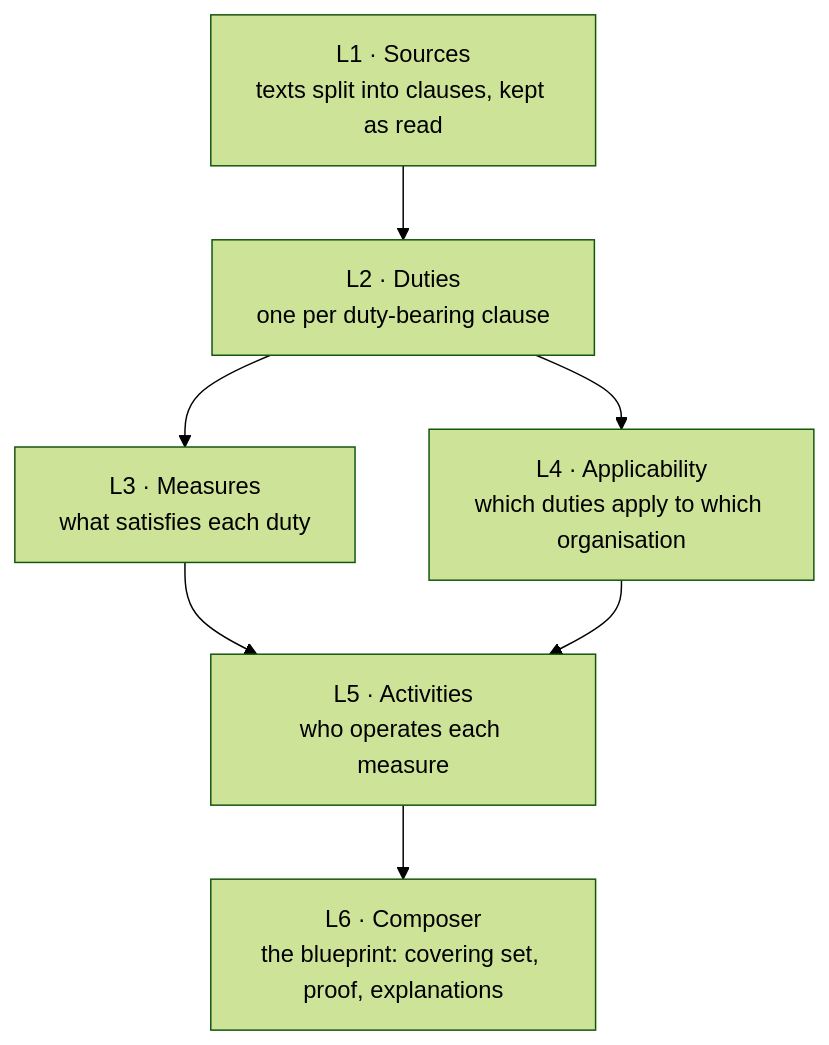
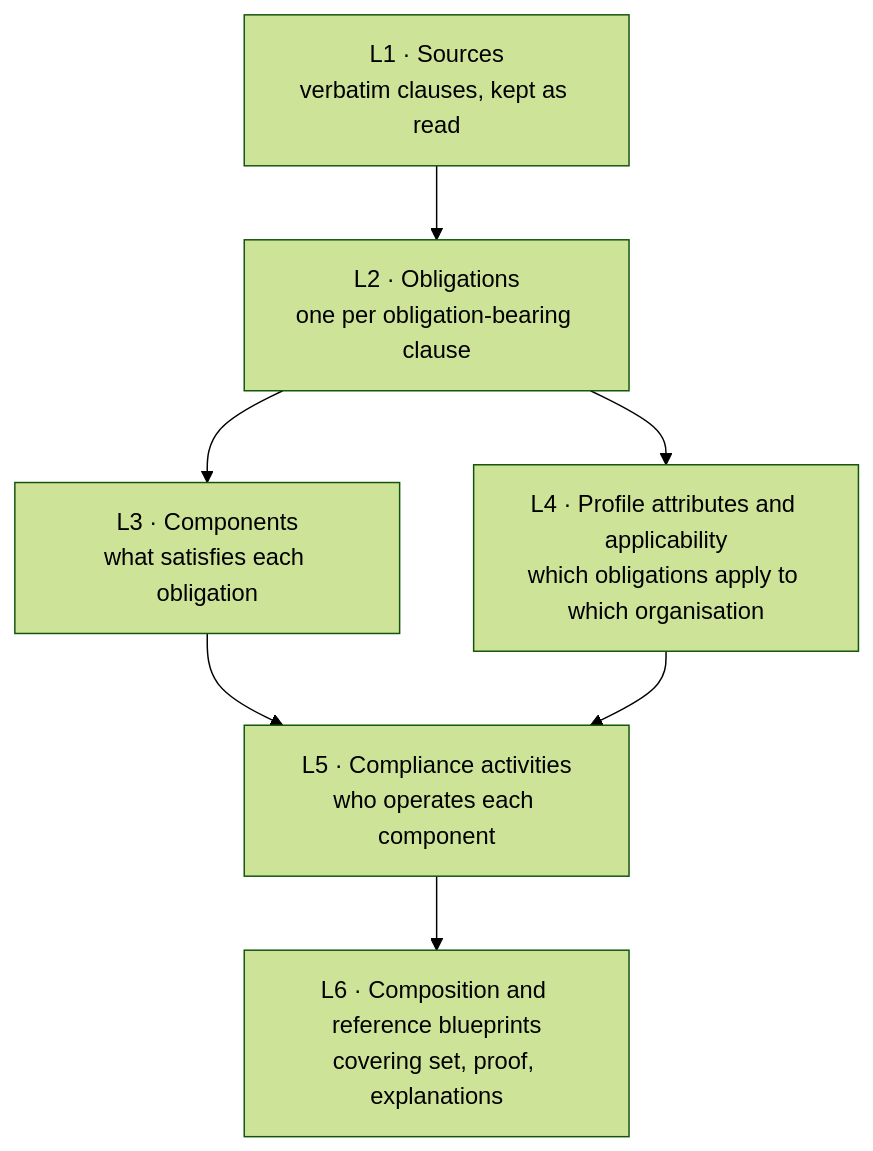
Before and after one commit to Reg42-ai/clhear: the diagram in docs/how-it-works.md, drawn with Mermaid (forest theme). The commit also changed other lines of this file and 17 other files, not shown here.

First line of the commit message:
Guide users from their own texts to a reference blueprint (#4)

````diff
--- a/docs/how-it-works.md
+++ b/docs/how-it-works.md
@@ -22,14 +45,14 @@
 ```mermaid
 flowchart TB
-    L1["L1 · Sources<br/>texts split into clauses, kept as read"]
-    L2["L2 · Duties<br/>one per duty-bearing clause"]
-    L3["L3 · Measures<br/>what satisfies each duty"]
-    L4["L4 · Applicability<br/>which duties apply to which organisation"]
-    L5["L5 · Activities<br/>who operates each measure"]
-    L6["L6 · Composer<br/>the blueprint: covering set, proof, explanations"]
+    L1["L1 · Sources<br/>verbatim clauses, kept as read"]
+    L2["L2 · Obligations<br/>one per obligation-bearing clause"]
+    L3["L3 · Components<br/>what satisfies each obligation"]
+    L4["L4 · Profile attributes and applicability<br/>which obligations apply to which organisation"]
+    L5["L5 · Compliance activities<br/>who operates each component"]
+    L6["L6 · Composition and reference blueprints<br/>covering set, proof, explanations"]
     L1 --> L2 --> L3
     L2 --> L4
     L3 --> L5
     L4 --> L5
     L5 --> L6
 ```
````
